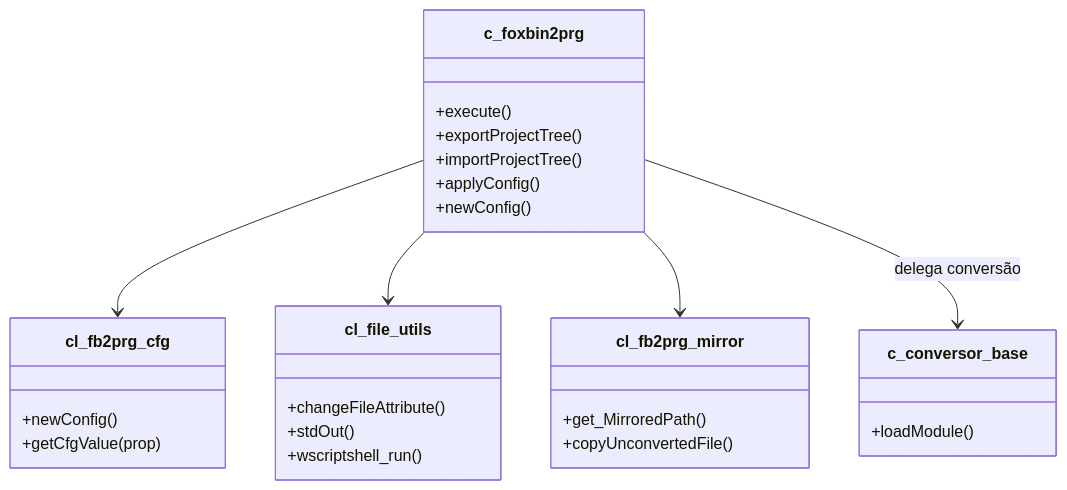
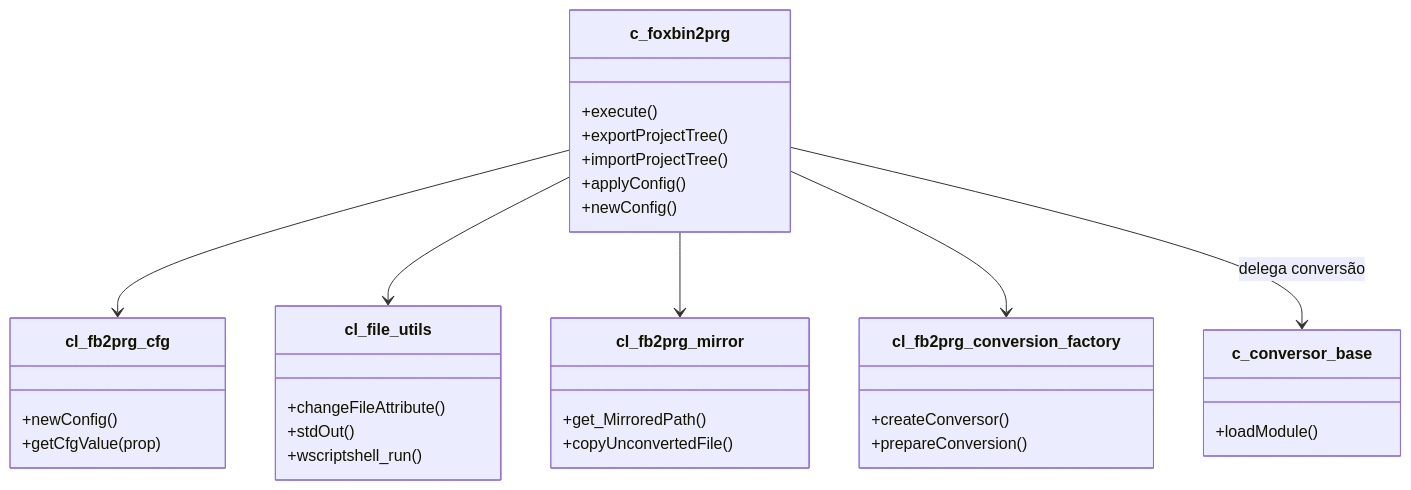
Before and after one commit to lkmatsumura/foxbin2prg: the second of 2 diagrams in docs/c_foxbin2prg_ClassAnalysis.md, drawn with Mermaid. The commit also changed other lines of this file and 4 other files, not shown here.

First line of the commit message:
feat: Introduce conversion factory for enhanced file conversion management

````diff
--- a/docs/c_foxbin2prg_ClassAnalysis.md
+++ b/docs/c_foxbin2prg_ClassAnalysis.md
@@ -343,31 +344,36 @@
 ```mermaid
 classDiagram
     class c_foxbin2prg {
         +execute()
         +exportProjectTree()
         +importProjectTree()
         +applyConfig()
         +newConfig()
     }
     class cl_fb2prg_cfg {
         +newConfig()
         +getCfgValue(prop)
     }
     class cl_file_utils {
         +changeFileAttribute()
         +stdOut()
         +wscriptshell_run()
     }
     class cl_fb2prg_mirror {
         +get_MirroredPath()
         +copyUnconvertedFile()
     }
+    class cl_fb2prg_conversion_factory {
+        +createConversor()
+        +prepareConversion()
+    }
     class c_conversor_base {
         +loadModule()
     }
 
     c_foxbin2prg --> cl_fb2prg_cfg
     c_foxbin2prg --> cl_file_utils
     c_foxbin2prg --> cl_fb2prg_mirror
+    c_foxbin2prg --> cl_fb2prg_conversion_factory
     c_foxbin2prg --> c_conversor_base : delega conversão
 ```
````
